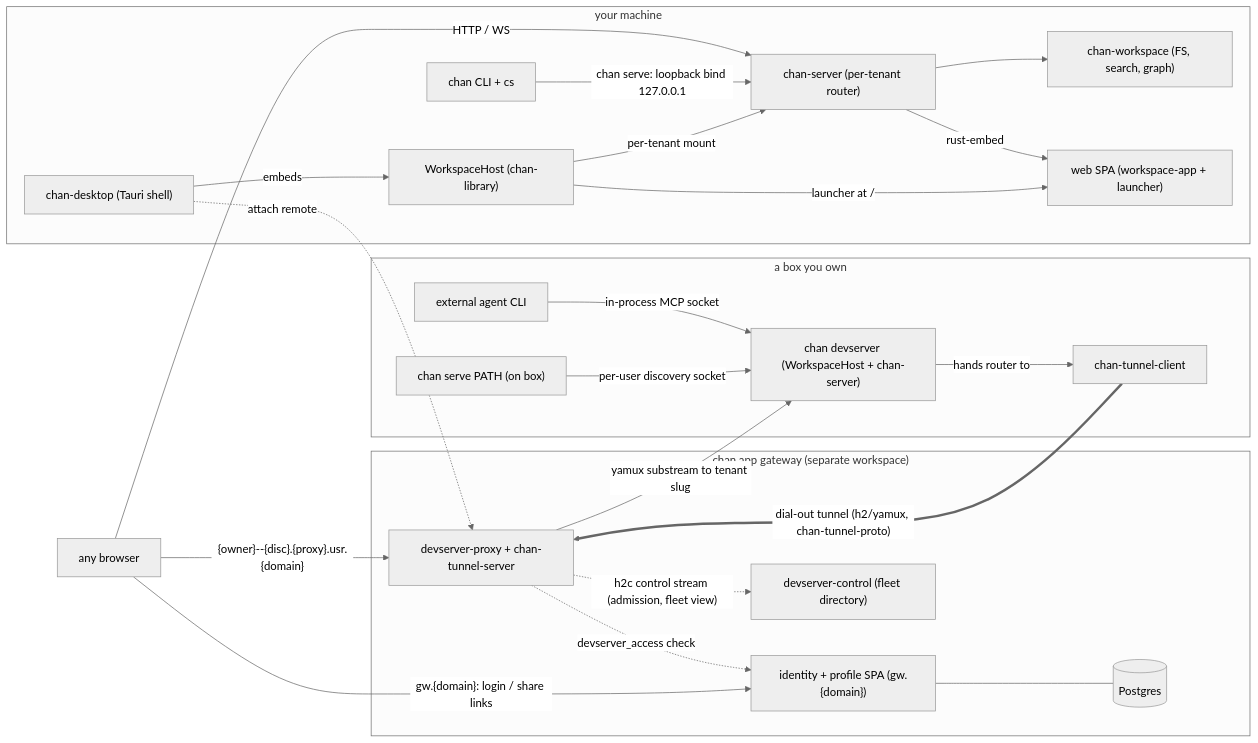
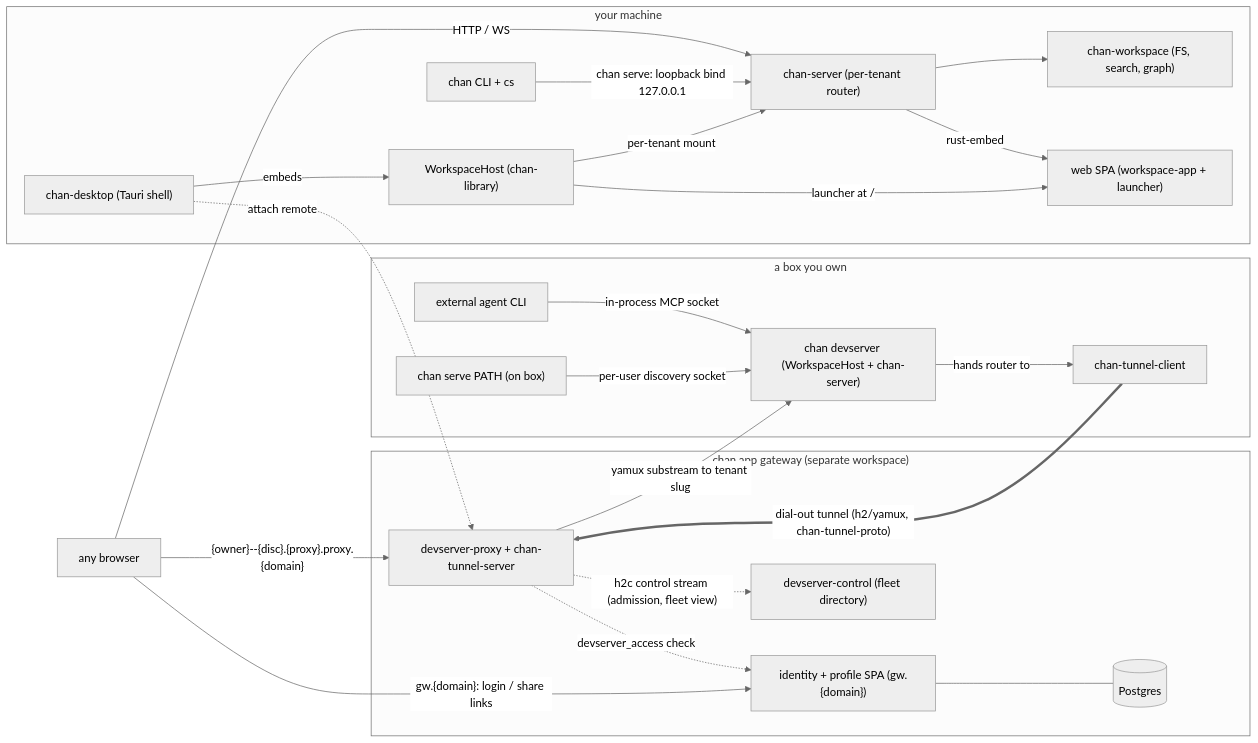
Before and after one commit to fiorix/chan: the first of 2 diagrams in design.md, drawn with Mermaid (neutral theme). The commit also changed other lines of this file and 70 other files, not shown here.

First line of the commit message:
docs,fix(gateway): the tunnel namespace renames from usr.{domain} to proxy.{domain}

````diff
--- a/design.md
+++ b/design.md
@@ -22,48 +22,48 @@
 ```mermaid
 flowchart LR
   Browser["any browser"]
 
   subgraph Machine["your machine"]
     Cli["chan CLI + cs"]
     Desktop["chan-desktop (Tauri shell)"]
     Host["WorkspaceHost (chan-library)"]
     Server["chan-server (per-tenant router)"]
     Core["chan-workspace (FS, search, graph)"]
     Spa["web SPA (workspace-app + launcher)"]
   end
 
   subgraph Box["a box you own"]
     BoxCli["chan serve PATH (on box)"]
     Dev["chan devserver (WorkspaceHost + chan-server)"]
     Agent["external agent CLI"]
     TunC["chan-tunnel-client"]
   end
 
   subgraph Cloud["chan.app gateway (separate workspace)"]
     Identity["identity + profile SPA (gw.{domain})"]
     Pg[("Postgres")]
     Proxy["devserver-proxy + chan-tunnel-server"]
     Ctl["devserver-control (fleet directory)"]
   end
 
   Desktop -->|"embeds"| Host
   Host -->|"per-tenant mount"| Server
   Host -->|"launcher at /"| Spa
   Server --> Core
   Server -->|"rust-embed"| Spa
   Cli -->|"chan serve: loopback bind 127.0.0.1"| Server
   Browser -->|"HTTP / WS"| Server
 
   BoxCli -->|"per-user discovery socket"| Dev
   Agent -->|"in-process MCP socket"| Dev
   Dev -->|"hands router to"| TunC
   TunC ==>|"dial-out tunnel (h2/yamux, chan-tunnel-proto)"| Proxy
   Proxy -->|"yamux substream to tenant slug"| Dev
 
-  Browser -->|"{owner}--{disc}.{proxy}.usr.{domain}"| Proxy
+  Browser -->|"{owner}--{disc}.{proxy}.proxy.{domain}"| Proxy
   Browser -->|"gw.{domain}: login / share links"| Identity
   Identity --- Pg
   Proxy -.->|"devserver_access check"| Identity
   Proxy -.->|"h2c control stream (admission, fleet view)"| Ctl
   Desktop -.->|"attach remote"| Proxy
 ```
````
